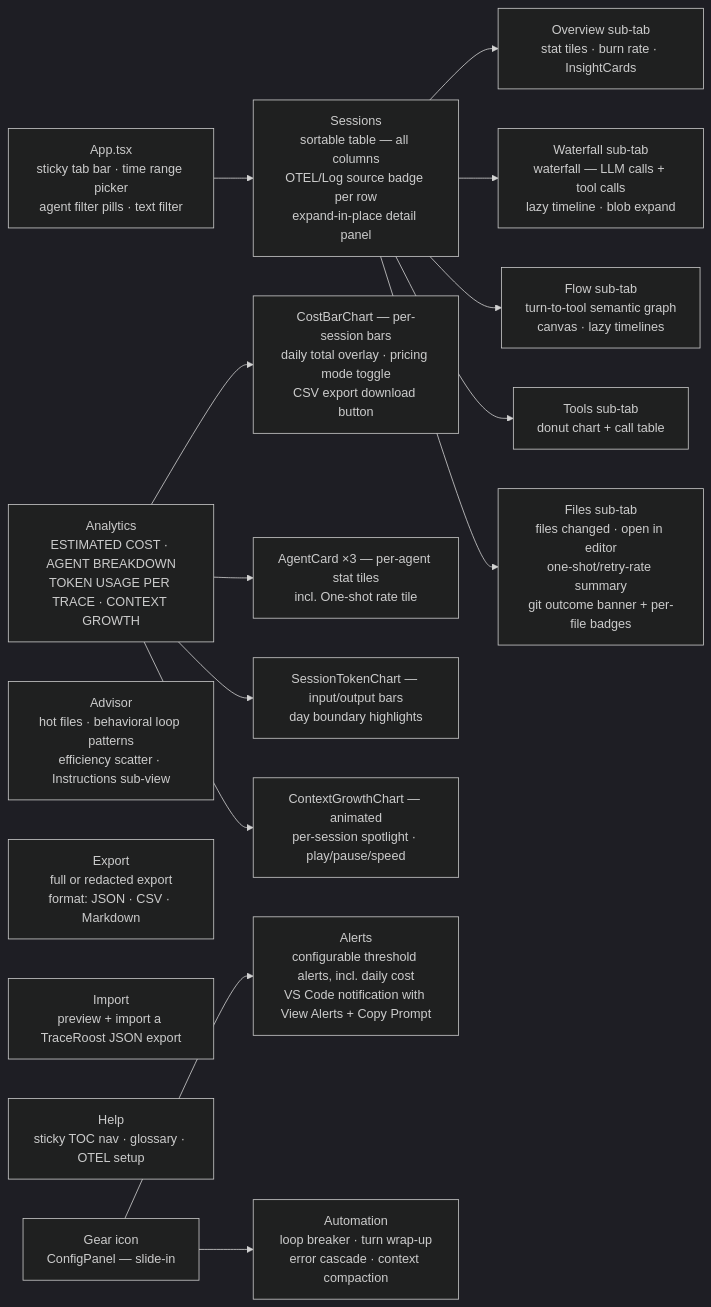
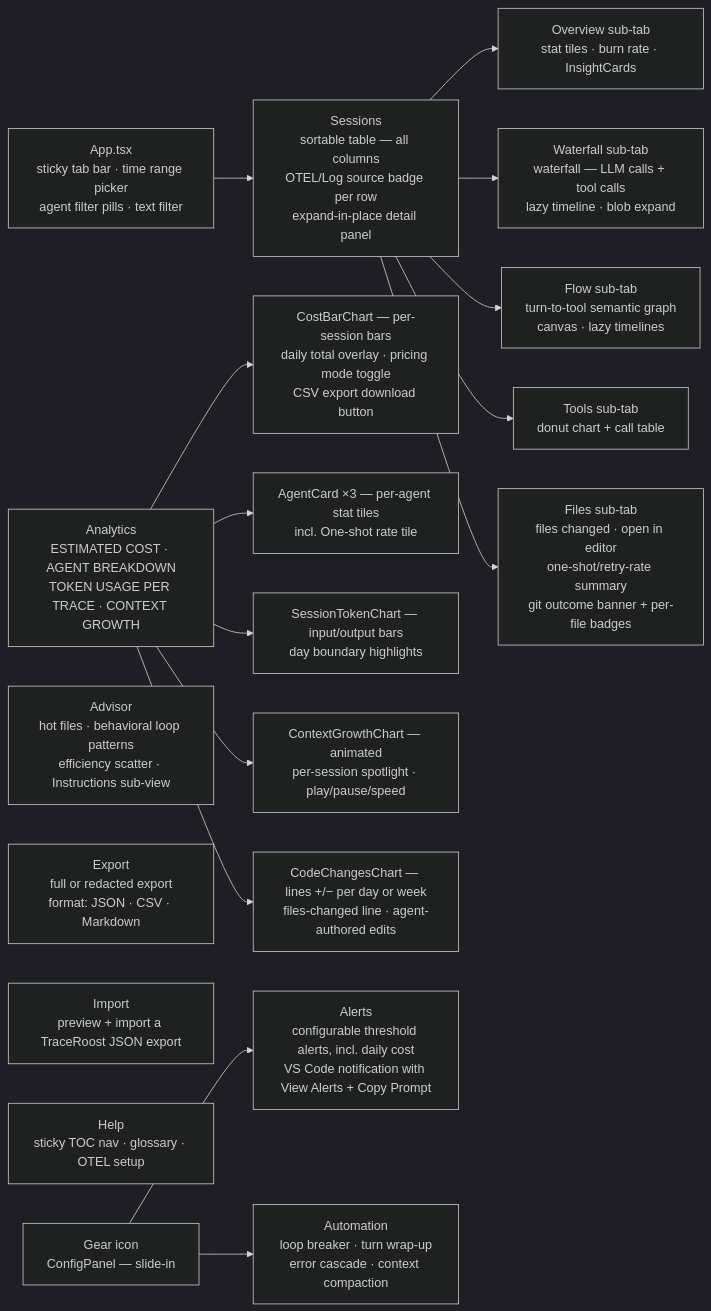
Diagram 14 of 20 in ARCHITECTURE.md (traceroost/core), drawn with Mermaid (dark theme) before and after one commit. The commit also changed other lines of this file and 22 other files, not shown here.

First line of the commit message:
Code changes chart, "Make a suggestion" link, more languages

````diff
--- a/ARCHITECTURE.md
+++ b/ARCHITECTURE.md
@@ -829,25 +829,26 @@
 ```mermaid
 graph LR
     APP[App.tsx<br/>sticky tab bar · time range picker<br/>agent filter pills · text filter] --> T1
 
     T1[Sessions<br/>sortable table — all columns<br/>OTEL/Log source badge per row<br/>expand-in-place detail panel]
     T1 --> D1[Overview sub-tab<br/>stat tiles · burn rate · InsightCards]
     T1 --> D2[Waterfall sub-tab<br/>waterfall — LLM calls + tool calls<br/>lazy timeline · blob expand]
     T1 --> D3[Flow sub-tab<br/>turn-to-tool semantic graph<br/>canvas · lazy timelines]
     T1 --> D4[Tools sub-tab<br/>donut chart + call table]
     T1 --> D5[Files sub-tab<br/>files changed · open in editor<br/>one-shot/retry-rate summary<br/>git outcome banner + per-file badges]
 
     T2[Analytics<br/>ESTIMATED COST · AGENT BREAKDOWN<br/>TOKEN USAGE PER TRACE · CONTEXT GROWTH]
     T2 --> A1[CostBarChart — per-session bars<br/>daily total overlay · pricing mode toggle<br/>CSV export download button]
     T2 --> A2[AgentCard ×3 — per-agent stat tiles<br/>incl. One-shot rate tile]
     T2 --> A3[SessionTokenChart — input/output bars<br/>day boundary highlights]
     T2 --> A4[ContextGrowthChart — animated<br/>per-session spotlight · play/pause/speed]
+    T2 --> A5[CodeChangesChart — lines +/− per day or week<br/>files-changed line · agent-authored edits]
 
     T3[Advisor<br/>hot files · behavioral loop patterns<br/>efficiency scatter · Instructions sub-view]
     T4[Export<br/>full or redacted export<br/>format: JSON · CSV · Markdown]
     T5[Import<br/>preview + import a TraceRoost JSON export]
     T6[Help<br/>sticky TOC nav · glossary · OTEL setup]
 
     GEAR[Gear icon<br/>ConfigPanel — slide-in] --> S1[Alerts<br/>configurable threshold alerts, incl. daily cost<br/>VS Code notification with View Alerts + Copy Prompt]
     GEAR --> S2[Automation<br/>loop breaker · turn wrap-up<br/>error cascade · context compaction]
 ```
````
